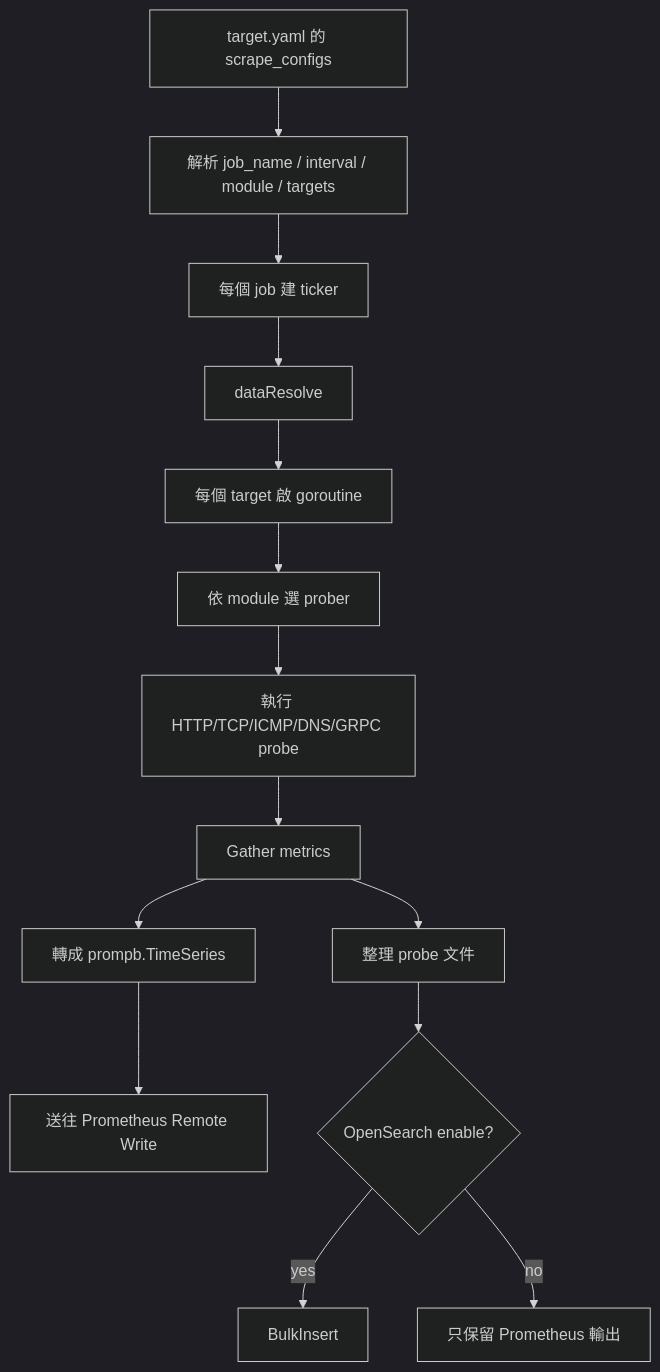
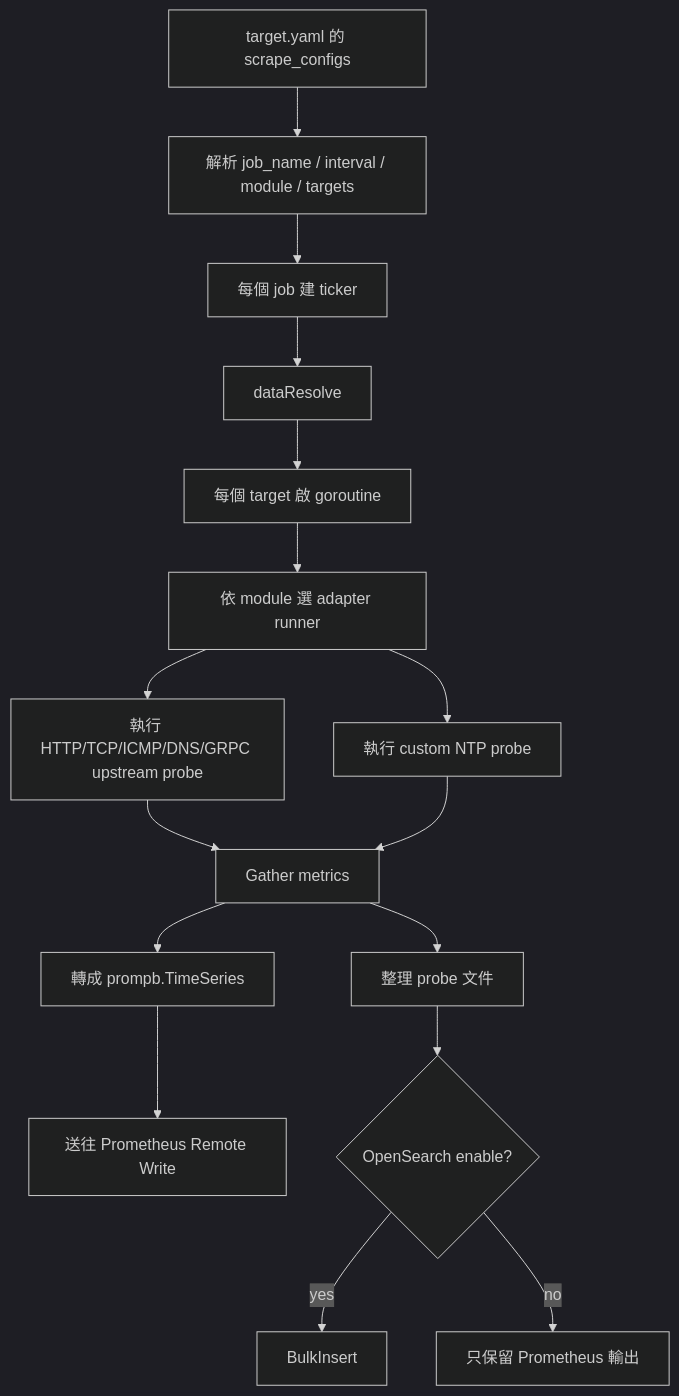
Before and after one commit to b85bagent/blackbox_agent: the third of 4 diagrams in MDS/07_architecture_diagram.md, drawn with Mermaid (dark theme). The commit also changed other lines of this file and 10 other files, not shown here.

Commit message:
refactor: split ntp config from the upstream backend

````diff
--- a/MDS/07_architecture_diagram.md
+++ b/MDS/07_architecture_diagram.md
@@ -59,16 +66,18 @@
 ```mermaid
 flowchart TD
     T[target.yaml 的 scrape_configs] --> I[解析 job_name / interval / module / targets]
     I --> K[每個 job 建 ticker]
     K --> R[dataResolve]
     R --> G[每個 target 啟 goroutine]
-    G --> S[依 module 選 prober]
-    S --> P[執行 HTTP/TCP/ICMP/DNS/GRPC probe]
-    P --> C[Gather metrics]
+    G --> S[依 module 選 adapter runner]
+    S --> P1[執行 HTTP/TCP/ICMP/DNS/GRPC upstream probe]
+    S --> P2[執行 custom NTP probe]
+    P1 --> C[Gather metrics]
+    P2 --> C
     C --> W[轉成 prompb.TimeSeries]
     W --> PRW[送往 Prometheus Remote Write]
     C --> D[整理 probe 文件]
     D --> O{OpenSearch enable?}
     O -- yes --> BI[BulkInsert]
     O -- no --> END[只保留 Prometheus 輸出]
 ```
````
